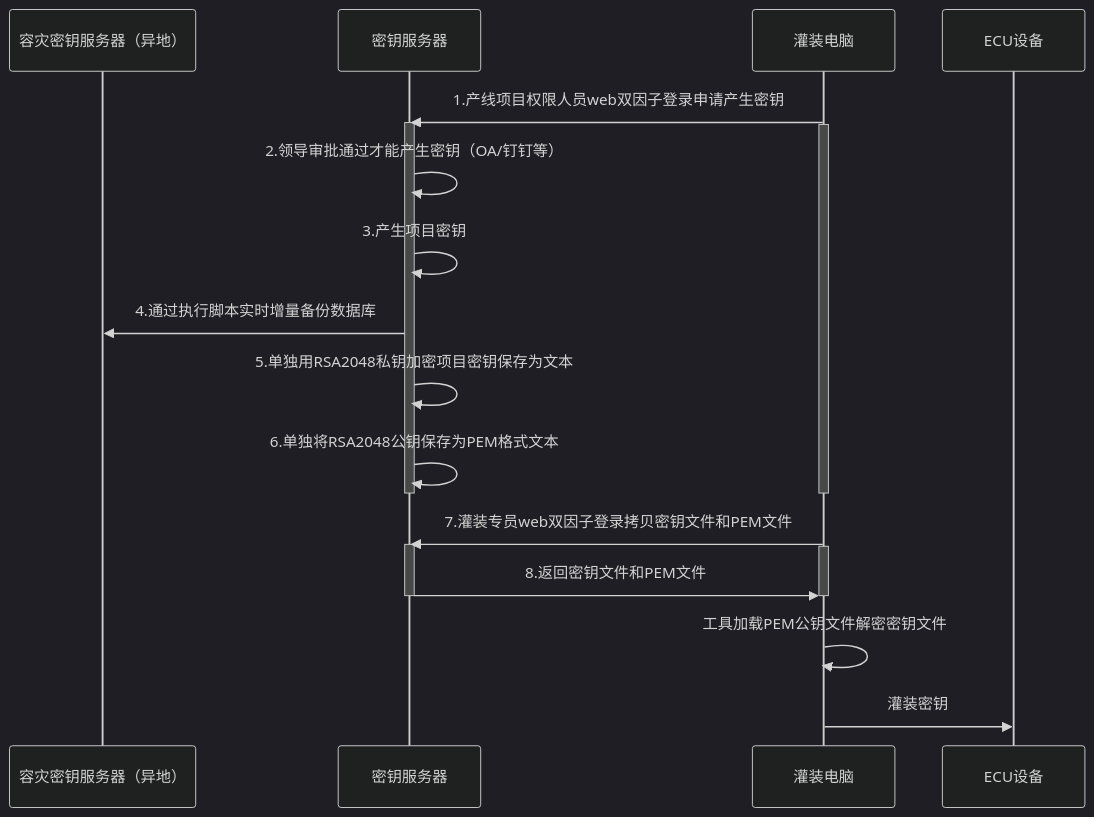
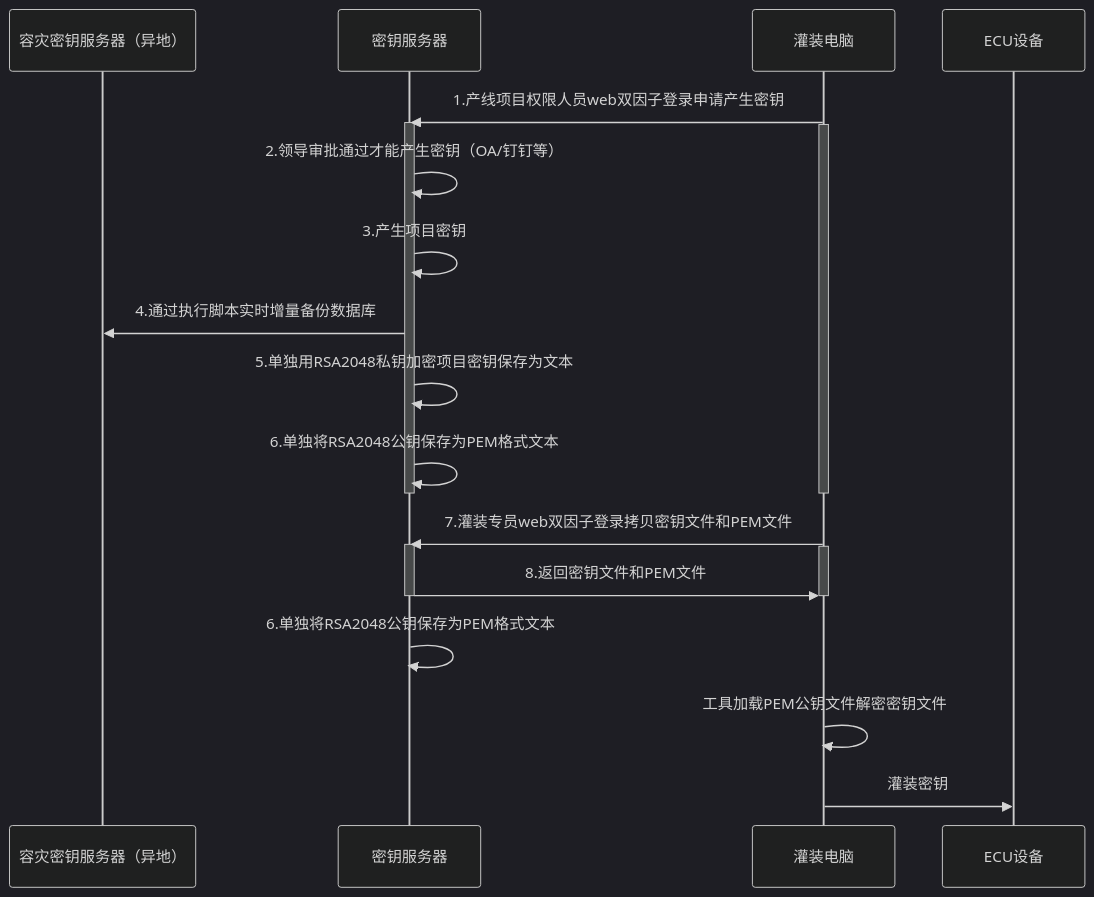
The diagram in all/未命名-15.md (facebook-cloud/iodraw-files), drawn with Mermaid (dark theme) before and after one commit.

Commit message:
2026-02-11 19:52:32 update

````diff
--- a/all/未命名-15.md
+++ b/all/未命名-15.md
@@ -1,30 +1,31 @@
 ```mermaid
 sequenceDiagram
     participant A as 容灾密钥服务器（异地）
     participant B as 密钥服务器
     participant D as 灌装电脑
     participant E as ECU设备
 
     
     D->>B: 1.产线项目权限人员web双因子登录申请产生密钥
     activate B
     activate D
     B->>B: 2.领导审批通过才能产生密钥（OA/钉钉等）
     B->>B: 3.产生项目密钥
     B->>A: 4.通过执行脚本实时增量备份数据库
     B->>B: 5.单独用RSA2048私钥加密项目密钥保存为文本
     B->>B: 6.单独将RSA2048公钥保存为PEM格式文本
     deactivate B
     deactivate D
 
     
     D->>B: 7.灌装专员web双因子登录拷贝密钥文件和PEM文件
     activate B
     activate D
     B->>D: 8.返回密钥文件和PEM文件
     deactivate B
     deactivate D
+    B->>B: 6.单独将RSA2048公钥保存为PEM格式文本
     D->>D:工具加载PEM公钥文件解密密钥文件
     
     D->>E: 灌装密钥
 ```
````
